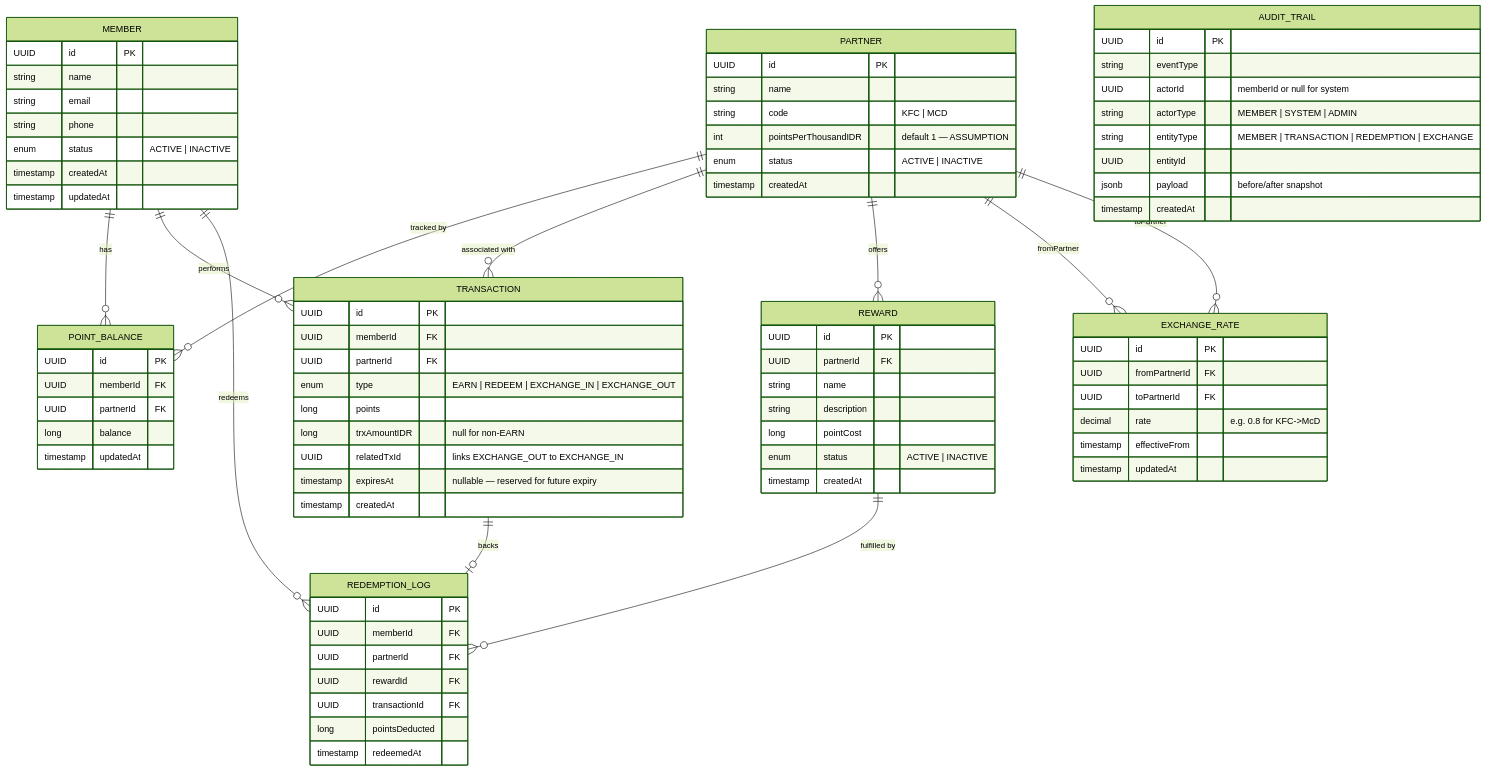
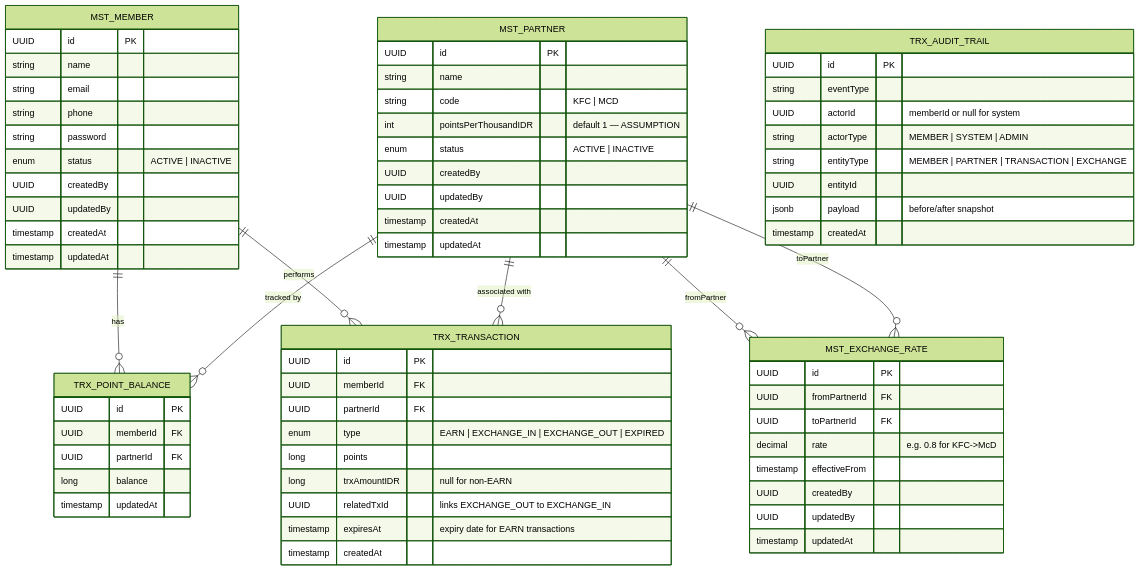
The first of 4 diagrams in TSD.md (jtnqr/JDT-17-LOYALTY), drawn with Mermaid (forest theme) before and after one commit. The commit also changed other lines of this file and 4 other files, not shown here.

First line of the commit message:
docs: update loyalty platform specifications and architecture

````diff
--- a/TSD.md
+++ b/TSD.md
@@ -32,25 +32,31 @@
 ```mermaid
 erDiagram
-    MEMBER {
+    MST_MEMBER {
         UUID id PK
         string name
         string email
         string phone
+        string password
         enum status "ACTIVE | INACTIVE"
+        UUID createdBy
+        UUID updatedBy
         timestamp createdAt
         timestamp updatedAt
     }
 
-    PARTNER {
+    MST_PARTNER {
         UUID id PK
         string name
         string code "KFC | MCD"
         int pointsPerThousandIDR "default 1 — ASSUMPTION"
         enum status "ACTIVE | INACTIVE"
+        UUID createdBy
+        UUID updatedBy
         timestamp createdAt
+        timestamp updatedAt
     }
 
-    POINT_BALANCE {
+    TRX_POINT_BALANCE {
         UUID id PK
         UUID memberId FK
         UUID partnerId FK
@@ -58,66 +64,44 @@
         timestamp updatedAt
     }
 
-    TRANSACTION {
+    TRX_TRANSACTION {
         UUID id PK
         UUID memberId FK
         UUID partnerId FK
-        enum type "EARN | REDEEM | EXCHANGE_IN | EXCHANGE_OUT"
+        enum type "EARN | EXCHANGE_IN | EXCHANGE_OUT | EXPIRED"
         long points
         long trxAmountIDR "null for non-EARN"
         UUID relatedTxId "links EXCHANGE_OUT to EXCHANGE_IN"
-        timestamp expiresAt "nullable — reserved for future expiry"
+        timestamp expiresAt "expiry date for EARN transactions"
         timestamp createdAt
     }
 
-    REDEMPTION_LOG {
-        UUID id PK
-        UUID memberId FK
-        UUID partnerId FK
-        UUID rewardId FK
-        UUID transactionId FK
-        long pointsDeducted
-        timestamp redeemedAt
-    }
-
-    REWARD {
-        UUID id PK
-        UUID partnerId FK
-        string name
-        string description
-        long pointCost
-        enum status "ACTIVE | INACTIVE"
-        timestamp createdAt
-    }
-
-    EXCHANGE_RATE {
+    MST_EXCHANGE_RATE {
         UUID id PK
         UUID fromPartnerId FK
         UUID toPartnerId FK
         decimal rate "e.g. 0.8 for KFC->McD"
         timestamp effectiveFrom
+        UUID createdBy
+        UUID updatedBy
         timestamp updatedAt
     }
 
-    AUDIT_TRAIL {
+    TRX_AUDIT_TRAIL {
         UUID id PK
         string eventType
         UUID actorId "memberId or null for system"
         string actorType "MEMBER | SYSTEM | ADMIN"
-        string entityType "MEMBER | TRANSACTION | REDEMPTION | EXCHANGE"
+        string entityType "MEMBER | PARTNER | TRANSACTION | EXCHANGE"
         UUID entityId
         jsonb payload "before/after snapshot"
         timestamp createdAt
     }
 
-    MEMBER ||--o{ POINT_BALANCE : "has"
-    PARTNER ||--o{ POINT_BALANCE : "tracked by"
-    MEMBER ||--o{ TRANSACTION : "performs"
-    PARTNER ||--o{ TRANSACTION : "associated with"
-    MEMBER ||--o{ REDEMPTION_LOG : "redeems"
-    PARTNER ||--o{ REWARD : "offers"
-    REWARD ||--o{ REDEMPTION_LOG : "fulfilled by"
-    TRANSACTION ||--o| REDEMPTION_LOG : "backs"
-    PARTNER ||--o{ EXCHANGE_RATE : "fromPartner"
-    PARTNER ||--o{ EXCHANGE_RATE : "toPartner"
+    MST_MEMBER ||--o{ TRX_POINT_BALANCE : "has"
+    MST_PARTNER ||--o{ TRX_POINT_BALANCE : "tracked by"
+    MST_MEMBER ||--o{ TRX_TRANSACTION : "performs"
+    MST_PARTNER ||--o{ TRX_TRANSACTION : "associated with"
+    MST_PARTNER ||--o{ MST_EXCHANGE_RATE : "fromPartner"
+    MST_PARTNER ||--o{ MST_EXCHANGE_RATE : "toPartner"
 ```
````
